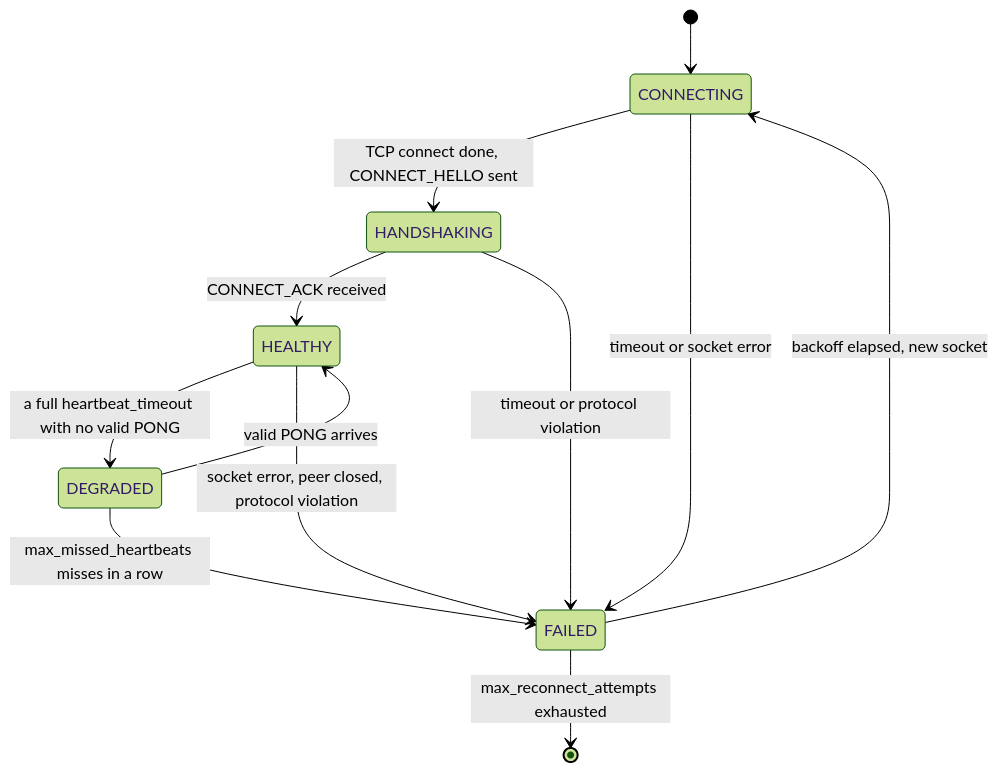
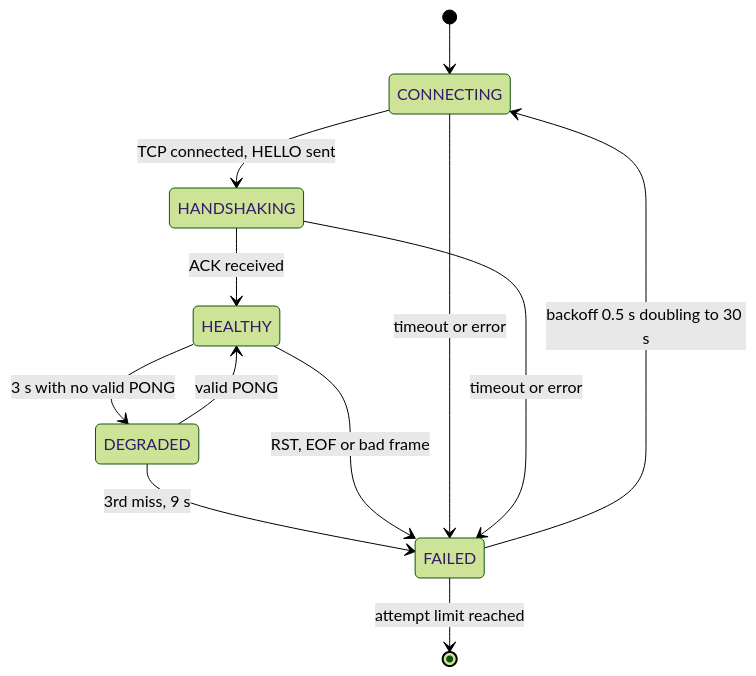
One commit to Shri2909/Vigil-Low-latency-TCP-heartbeat-monitor changed the second of 2 diagrams in README.md. Above: the diagram before and after it, drawn with Mermaid (forest theme). The commit also changed other lines of this file and 4 other files, not shown here.

First line of the commit message:
Rewrite README, ARCHITECTURE and METHODOLOGY for a quick read

````diff
--- a/README.md
+++ b/README.md
@@ -68,14 +41,14 @@
 ```mermaid
 stateDiagram-v2
     [*] --> CONNECTING
-    CONNECTING --> HANDSHAKING: TCP connect done, CONNECT_HELLO sent
-    HANDSHAKING --> HEALTHY: CONNECT_ACK received
-    HEALTHY --> DEGRADED: a full heartbeat_timeout with no valid PONG
-    DEGRADED --> HEALTHY: valid PONG arrives
-    DEGRADED --> FAILED: max_missed_heartbeats misses in a row
-    CONNECTING --> FAILED: timeout or socket error
-    HANDSHAKING --> FAILED: timeout or protocol violation
-    HEALTHY --> FAILED: socket error, peer closed, protocol violation
-    FAILED --> CONNECTING: backoff elapsed, new socket
-    FAILED --> [*]: max_reconnect_attempts exhausted
+    CONNECTING --> HANDSHAKING: TCP connected, HELLO sent
+    HANDSHAKING --> HEALTHY: ACK received
+    HEALTHY --> DEGRADED: 3 s with no valid PONG
+    DEGRADED --> HEALTHY: valid PONG
+    DEGRADED --> FAILED: 3rd miss, 9 s
+    HEALTHY --> FAILED: RST, EOF or bad frame
+    CONNECTING --> FAILED: timeout or error
+    HANDSHAKING --> FAILED: timeout or error
+    FAILED --> CONNECTING: backoff 0.5 s doubling to 30 s
+    FAILED --> [*]: attempt limit reached
 ```
````
